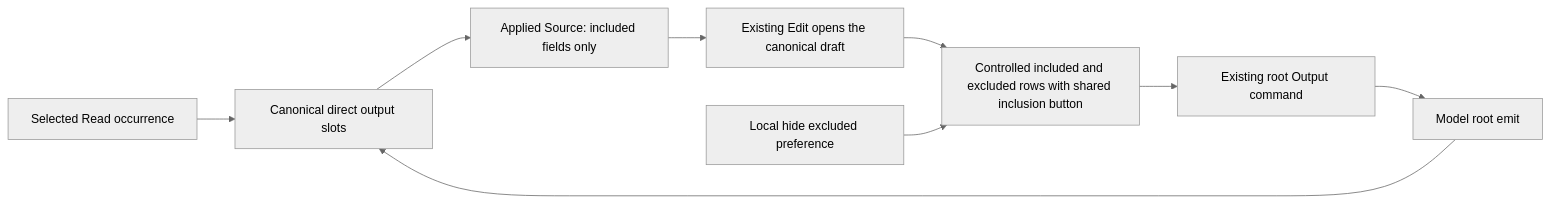
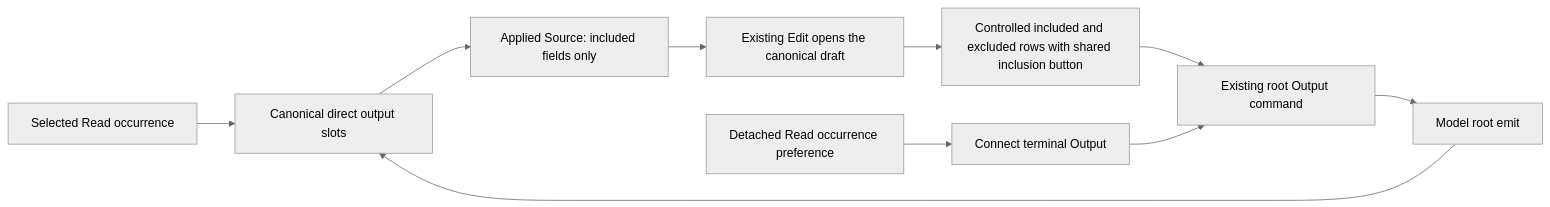
The fifth of 11 diagrams in docs/architecture/components/web/graph/canvas-shell-component.md (dunay2/dvt), drawn with Mermaid (neutral theme) before and after one commit. The commit also changed other lines of this file and 48 other files, not shown here.

Commit message:
fix(web): Unify Edit and pending Source Output selection

````diff
--- a/docs/architecture/components/web/graph/canvas-shell-component.md
+++ b/docs/architecture/components/web/graph/canvas-shell-component.md
@@ -320,11 +320,12 @@
 ```mermaid
 flowchart LR
   Read[Selected Read occurrence] --> Query[Canonical direct output slots]
   Root[Model root emit] --> Query
   Query --> View[Applied Source: included fields only]
   View --> Edit[Existing Edit opens the canonical draft]
   Edit --> Draft[Controlled included and excluded rows with shared inclusion button]
   Draft --> Command[Existing root Output command]
   Command --> Root
-  Filter[Local hide excluded preference] --> Draft
+  Pending[Detached Read occurrence preference] --> Terminal[Connect terminal Output]
+  Terminal --> Command
 ```
````
